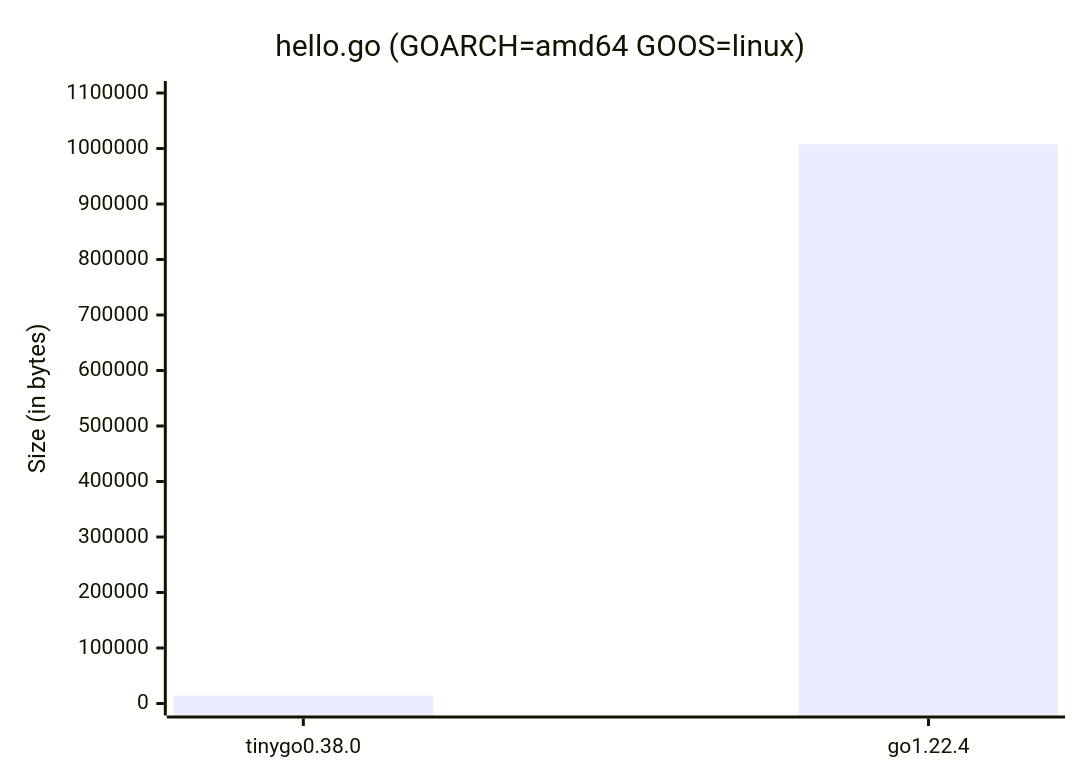
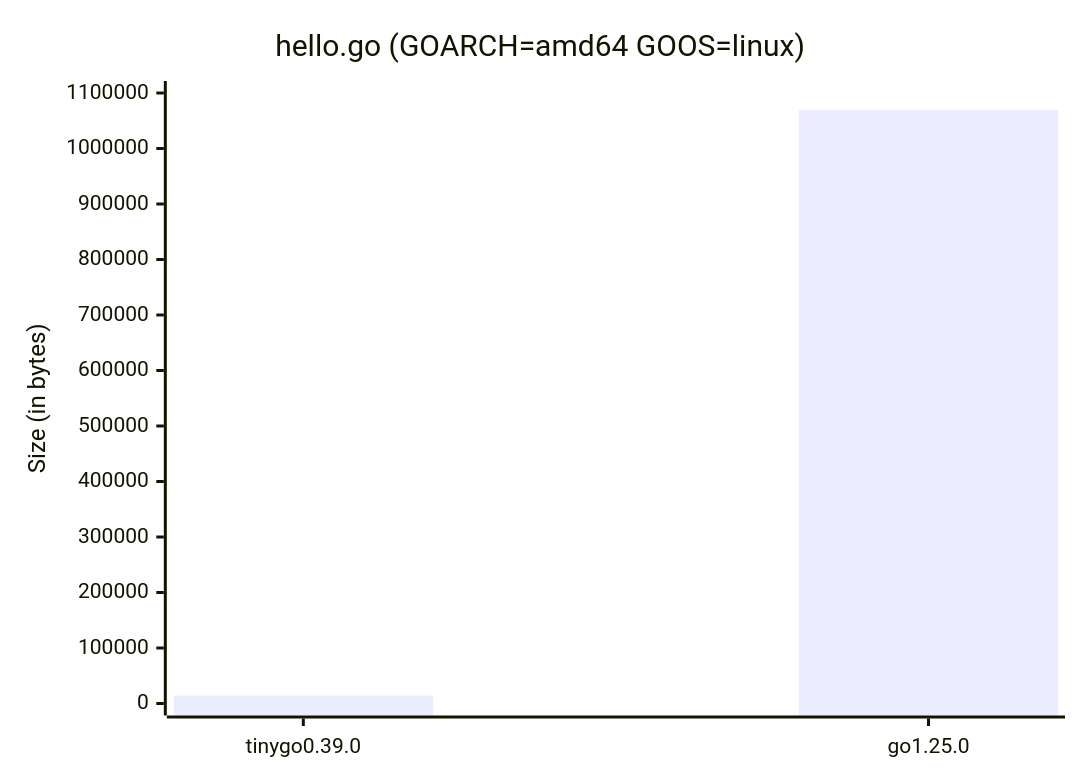
Before and after one commit to deadprogram/gophercon-2025: the first of 2 diagrams in diagrams/sizes.md, drawn with Mermaid. The commit also changed other lines of this file and 7 other files, not shown here.

````diff
--- a/diagrams/sizes.md
+++ b/diagrams/sizes.md
@@ -6,7 +6,7 @@
 ```mermaid
 xychart-beta
     title "hello.go (GOARCH=amd64 GOOS=linux)"
-    x-axis [tinygo0.38.0, go1.22.4]
+    x-axis [tinygo0.39.0, go1.25.0]
     y-axis "Size (in bytes)" 0 --> 1100000
-    bar [13968, 1007800]
+    bar [14488, 1069240]
 ```
````
